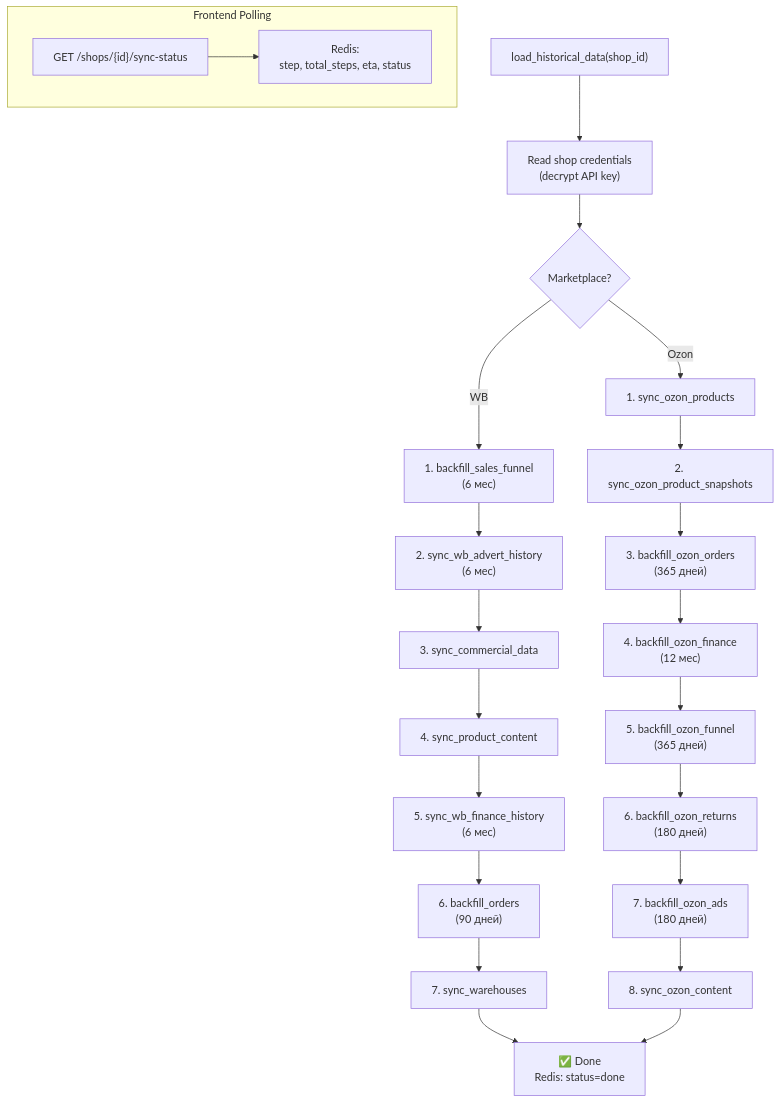
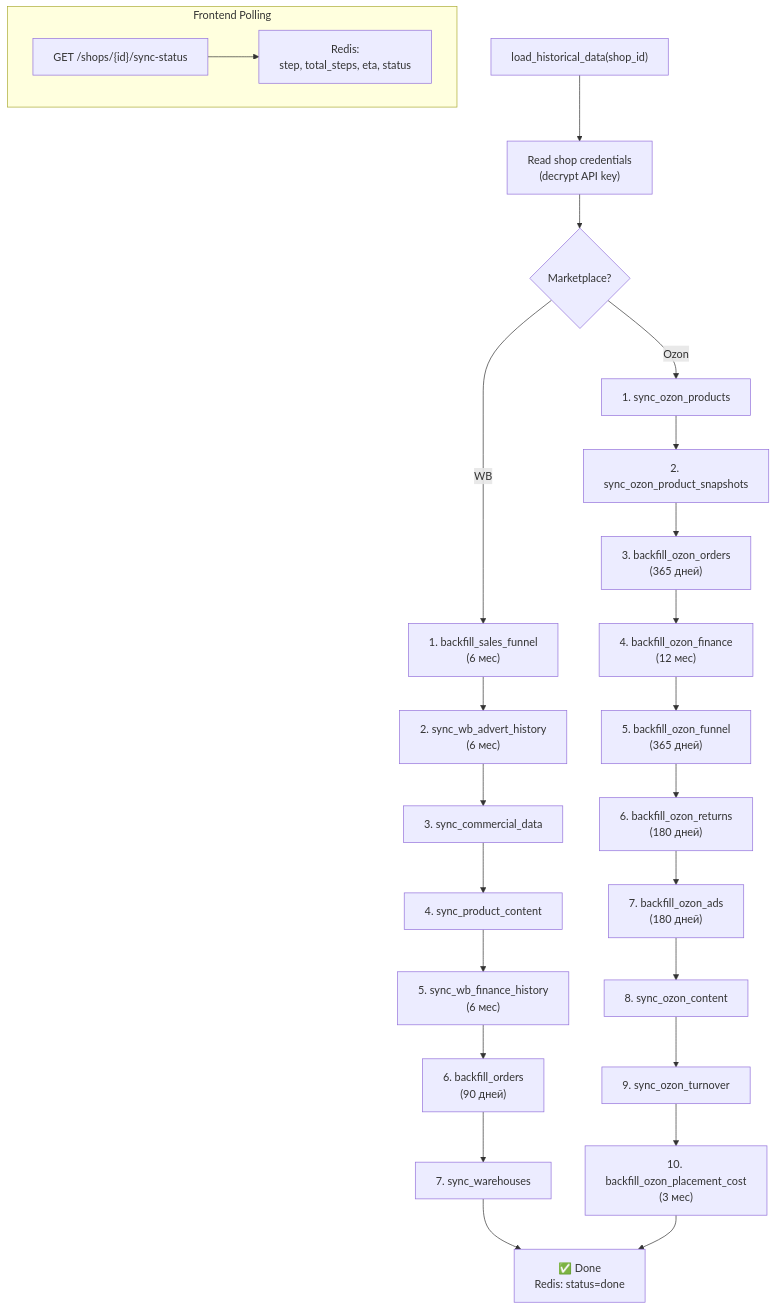
The fifth of 5 diagrams in docs/architecture/03_CELERY_PIPELINE.md (alex-web13-2001/MP-CONTROL), drawn with Mermaid before and after one commit. The commit also changed other lines of this file and 5 other files, not shown here.

Commit message:
fix: add sync_ozon_placement_cost to sync_all_daily + docs update

````diff
--- a/docs/architecture/03_CELERY_PIPELINE.md
+++ b/docs/architecture/03_CELERY_PIPELINE.md
@@ -340,31 +342,33 @@
 ```mermaid
 graph TB
     Start["load_historical_data(shop_id)"] --> Read["Read shop credentials<br/>(decrypt API key)"]
     Read --> Check{"Marketplace?"}
 
     Check -->|WB| WB1["1. backfill_sales_funnel<br/>(6 мес)"]
     WB1 --> WB2["2. sync_wb_advert_history<br/>(6 мес)"]
     WB2 --> WB3["3. sync_commercial_data"]
     WB3 --> WB4["4. sync_product_content"]
     WB4 --> WB5["5. sync_wb_finance_history<br/>(6 мес)"]
     WB5 --> WB6["6. backfill_orders<br/>(90 дней)"]
     WB6 --> WB7["7. sync_warehouses"]
     WB7 --> Done
 
     Check -->|Ozon| OZ1["1. sync_ozon_products"]
     OZ1 --> OZ2["2. sync_ozon_product_snapshots"]
     OZ2 --> OZ3["3. backfill_ozon_orders<br/>(365 дней)"]
     OZ3 --> OZ4["4. backfill_ozon_finance<br/>(12 мес)"]
     OZ4 --> OZ5["5. backfill_ozon_funnel<br/>(365 дней)"]
     OZ5 --> OZ6["6. backfill_ozon_returns<br/>(180 дней)"]
     OZ6 --> OZ7["7. backfill_ozon_ads<br/>(180 дней)"]
     OZ7 --> OZ8["8. sync_ozon_content"]
-    OZ8 --> Done
+    OZ8 --> OZ9["9. sync_ozon_turnover"]
+    OZ9 --> OZ10["10. backfill_ozon_placement_cost<br/>(3 мес)"]
+    OZ10 --> Done
 
     Done["✅ Done<br/>Redis: status=done"]
 
     subgraph "Frontend Polling"
         FE["GET /shops/{id}/sync-status"]
         FE --> Redis["Redis:<br/>step, total_steps, eta, status"]
     end
 ```
````
